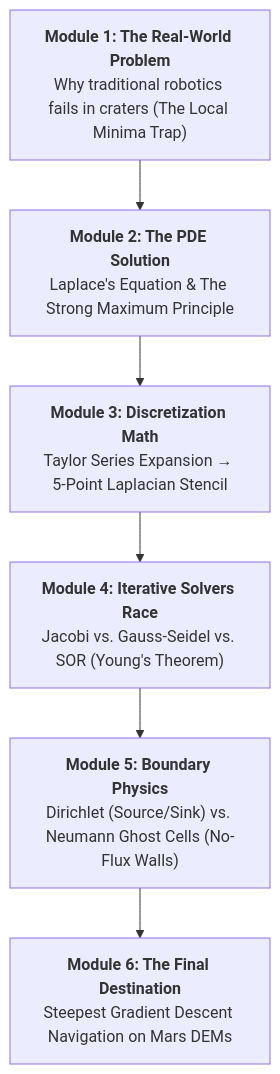
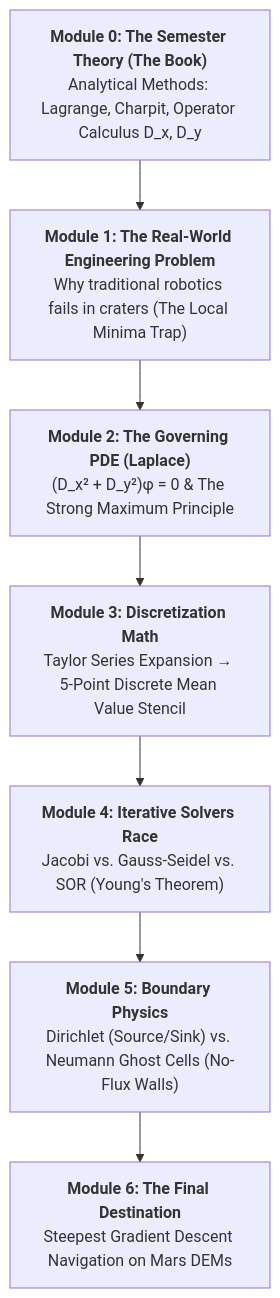
The first of 2 diagrams in TEAM_GUIDE.md (hany73-max/PDE-Rover-Engine), drawn with Mermaid before and after one commit. The commit also changed other lines of this file and 10 other files, not shown here.

Commit message:
feat: add course math analytical solver modules and student lab worksheet

````diff
--- a/TEAM_GUIDE.md
+++ b/TEAM_GUIDE.md
@@ -15,8 +18,9 @@
 ```mermaid
 flowchart TD
-    M1["<b>Module 1: The Real-World Problem</b><br/>Why traditional robotics fails in craters (The Local Minima Trap)"] --> M2["<b>Module 2: The PDE Solution</b><br/>Laplace's Equation & The Strong Maximum Principle"]
-    M2 --> M3["<b>Module 3: Discretization Math</b><br/>Taylor Series Expansion → 5-Point Laplacian Stencil"]
+    M0["<b>Module 0: The Semester Theory (The Book)</b><br/>Analytical Methods: Lagrange, Charpit, Operator Calculus D_x, D_y"] --> M1["<b>Module 1: The Real-World Engineering Problem</b><br/>Why traditional robotics fails in craters (The Local Minima Trap)"]
+    M1 --> M2["<b>Module 2: The Governing PDE (Laplace)</b><br/>(D_x² + D_y²)φ = 0 & The Strong Maximum Principle"]
+    M2 --> M3["<b>Module 3: Discretization Math</b><br/>Taylor Series Expansion → 5-Point Discrete Mean Value Stencil"]
     M3 --> M4["<b>Module 4: Iterative Solvers Race</b><br/>Jacobi vs. Gauss-Seidel vs. SOR (Young's Theorem)"]
     M4 --> M5["<b>Module 5: Boundary Physics</b><br/>Dirichlet (Source/Sink) vs. Neumann Ghost Cells (No-Flux Walls)"]
     M5 --> M6["<b>Module 6: The Final Destination</b><br/>Steepest Gradient Descent Navigation on Mars DEMs"]
 ```
````
